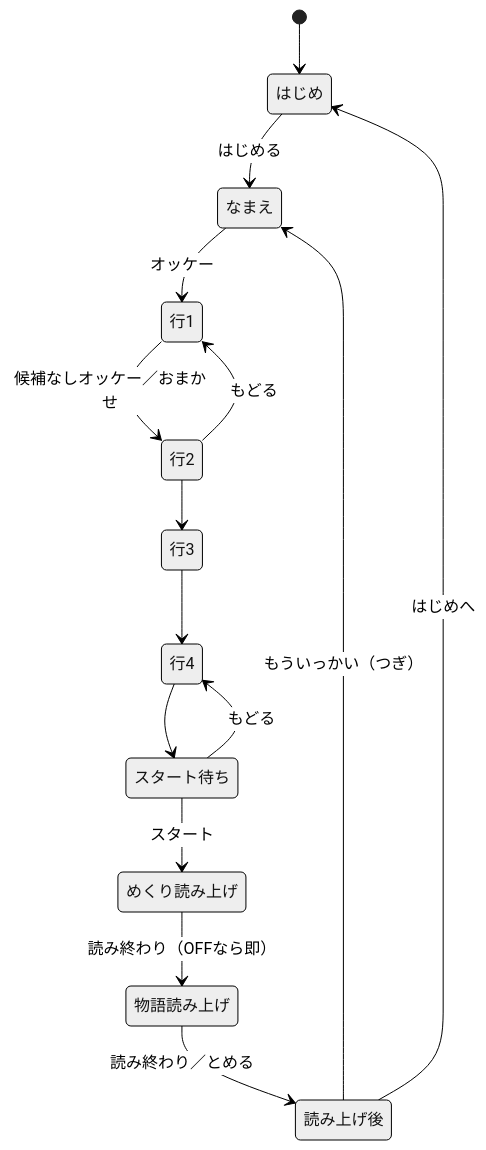
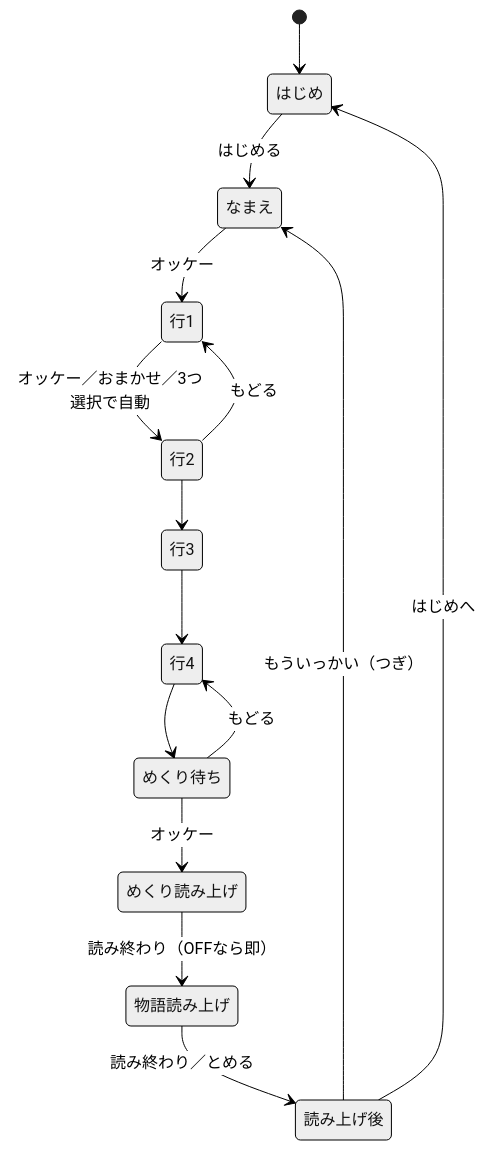
Before and after one commit to gerupon-lgtm/koekit: the second of 2 diagrams in docs/story/design.md, drawn with Mermaid (neutral theme). The commit also changed other lines of this file and 6 other files, not shown here.

First line of the commit message:
Change board selection to category-by-category flow

````diff
--- a/docs/story/design.md
+++ b/docs/story/design.md
@@ -93,17 +91,17 @@
 ```mermaid
 stateDiagram-v2
     [*] --> はじめ
     はじめ --> なまえ: はじめる
     なまえ --> 行1: オッケー
-    行1 --> 行2: 候補なしオッケー／おまかせ
+    行1 --> 行2: オッケー／おまかせ／3つ選択で自動
     行2 --> 行3
     行3 --> 行4
-    行4 --> スタート待ち
+    行4 --> めくり待ち
     行2 --> 行1: もどる
-    スタート待ち --> 行4: もどる
-    スタート待ち --> めくり読み上げ: スタート
+    めくり待ち --> 行4: もどる
+    めくり待ち --> めくり読み上げ: オッケー
     めくり読み上げ --> 物語読み上げ: 読み終わり（OFFなら即）
     物語読み上げ --> 読み上げ後: 読み終わり／とめる
     読み上げ後 --> なまえ: もういっかい（つぎ）
     読み上げ後 --> はじめ: はじめへ
 ```
````
